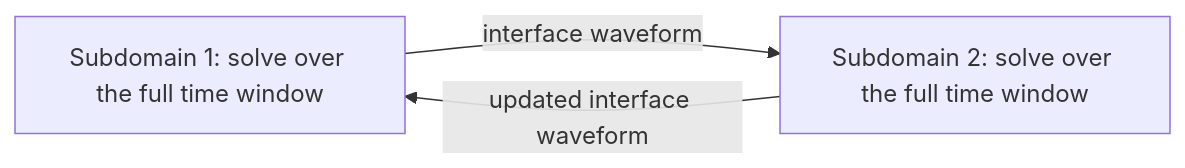
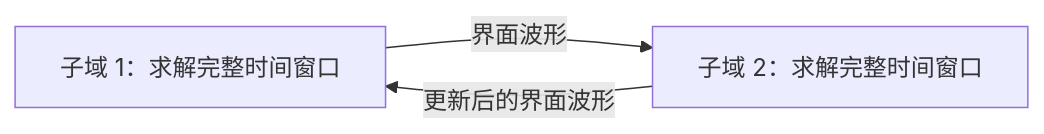
One commit to freezeng123456/freezeng.github.io changed the diagram in content/computational-mathematics/knowledge-notes/time-parallelization/chapter-3-hyperbolic-methods.md. Above: the diagram before and after it, drawn with Mermaid. The commit also changed other lines of this file and 59 other files, not shown here.

````diff
--- a/content/computational-mathematics/knowledge-notes/time-parallelization/chapter-3-hyperbolic-methods.md
+++ b/content/computational-mathematics/knowledge-notes/time-parallelization/chapter-3-hyperbolic-methods.md
@@ -19,5 +21,5 @@
 ```mermaid
 flowchart LR
-  A["Subdomain 1: solve over the full time window"] -->|interface waveform| B["Subdomain 2: solve over the full time window"]
-  B -->|updated interface waveform| A
+  A["子域 1：求解完整时间窗口"] -->|界面波形| B["子域 2：求解完整时间窗口"]
+  B -->|更新后的界面波形| A
 ```
````
